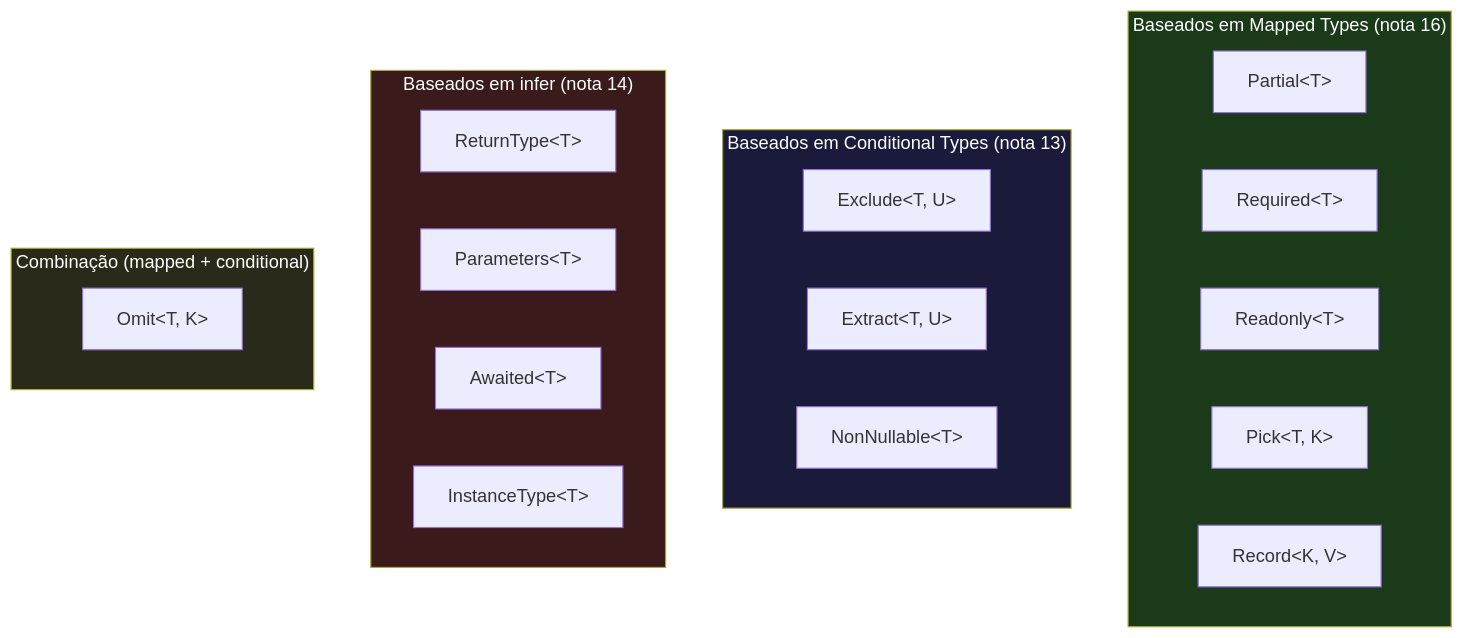
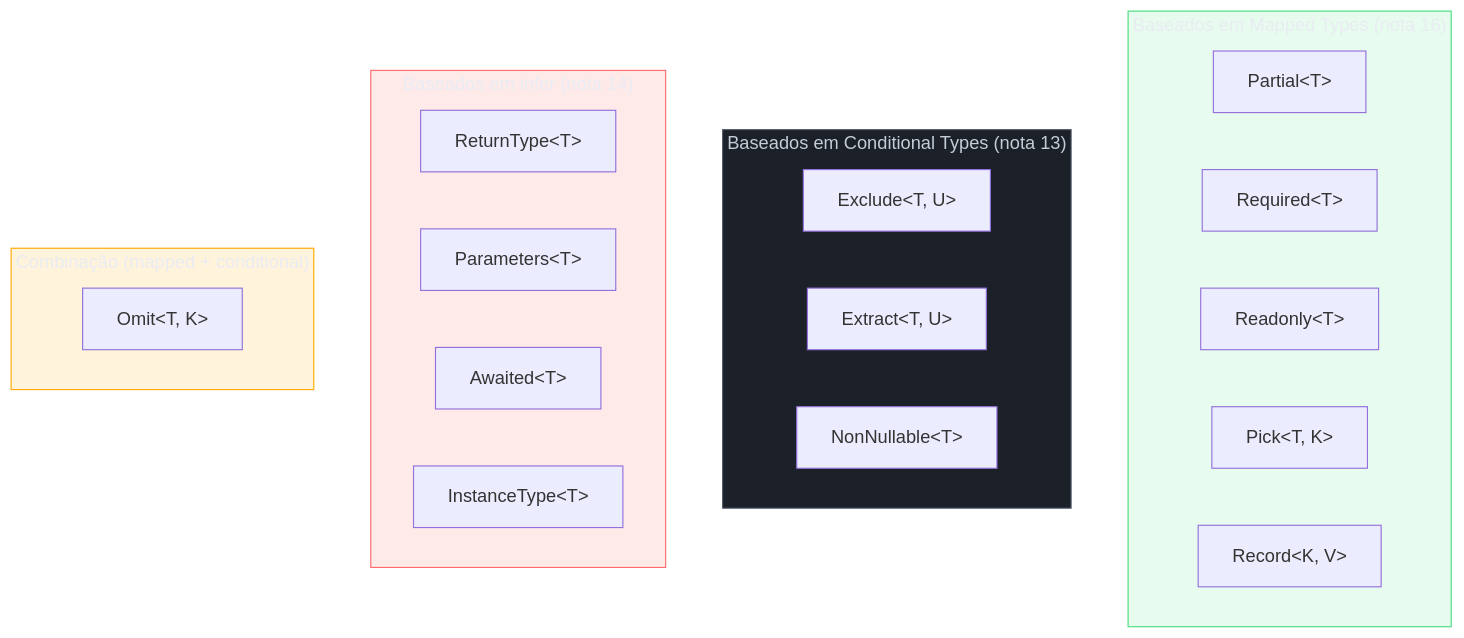
Before and after one commit to josenaldo/codex-technomanticus: the first of 6 diagrams in 03-Dominios/Tecnologia/TypeScript/18 - Utility types - e como reconstruí-los.md, drawn with Mermaid. The commit also changed other lines of this file and 1181 other files, not shown here.

First line of the commit message:
fix(diagramas): paleta do sistema no lugar de cor cravada no markdown

````diff
--- a/03-Dominios/Tecnologia/TypeScript/18 - Utility types - e como reconstruí-los.md
+++ b/03-Dominios/Tecnologia/TypeScript/18 - Utility types - e como reconstruí-los.md
@@ -34,32 +34,36 @@
 ```mermaid
 flowchart TD
+    classDef ok fill:#4ADE8021,stroke:#4ADE80,color:#E9ECF2
+    classDef neutro fill:#1B2029,stroke:#4E5666,color:#C6CCD8
+    classDef falha fill:#FF6B6B24,stroke:#FF6B6B,color:#E9ECF2
+    classDef destaque fill:#FFAA0024,stroke:#FFAA00,color:#E9ECF2
     subgraph mapped["Baseados em Mapped Types (nota 16)"]
         P["Partial&lt;T&gt;"]
         R["Required&lt;T&gt;"]
         RO["Readonly&lt;T&gt;"]
         PK["Pick&lt;T, K&gt;"]
         RC["Record&lt;K, V&gt;"]
     end
 
     subgraph conditional["Baseados em Conditional Types (nota 13)"]
         EX["Exclude&lt;T, U&gt;"]
         ET["Extract&lt;T, U&gt;"]
         NN["NonNullable&lt;T&gt;"]
     end
 
     subgraph infer_based["Baseados em infer (nota 14)"]
         RT["ReturnType&lt;T&gt;"]
         PA["Parameters&lt;T&gt;"]
         AW["Awaited&lt;T&gt;"]
         IT["InstanceType&lt;T&gt;"]
     end
 
     subgraph combo["Combinação (mapped + conditional)"]
         OM["Omit&lt;T, K&gt;"]
     end
 
-    style mapped fill:#1a3a1a,color:#fff
-    style conditional fill:#1a1a3a,color:#fff
-    style infer_based fill:#3a1a1a,color:#fff
-    style combo fill:#2a2a1a,color:#fff
+    class mapped ok
+    class conditional neutro
+    class infer_based falha
+    class combo destaque
 ```
````
